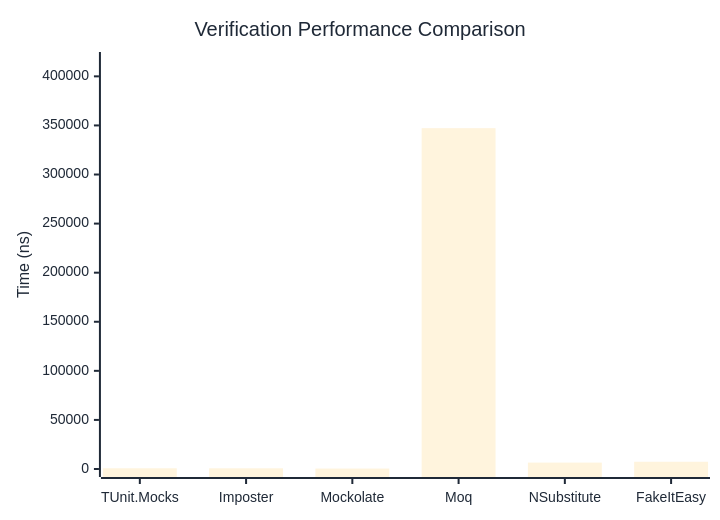
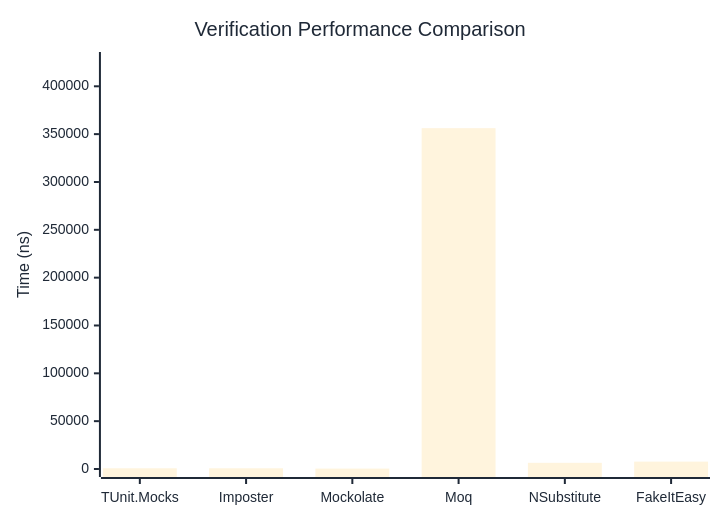
One commit to thomhurst/TUnit changed the first of 3 diagrams in docs/docs/benchmarks/mocks/Verification.md. Above: the diagram before and after it, drawn with Mermaid. The commit also changed other lines of this file and 14 other files, not shown here.

````diff
--- a/docs/docs/benchmarks/mocks/Verification.md
+++ b/docs/docs/benchmarks/mocks/Verification.md
@@ -30,27 +30,27 @@
 ```mermaid
 %%{init: {
   'theme':'base',
   'themeVariables': {
     'primaryColor': '#2563eb',
     'primaryTextColor': '#1f2937',
     'primaryBorderColor': '#1e40af',
     'lineColor': '#6b7280',
     'secondaryColor': '#7c3aed',
     'tertiaryColor': '#dc2626',
     'background': '#ffffff',
     'pie1': '#2563eb',
     'pie2': '#7c3aed',
     'pie3': '#dc2626',
     'pie4': '#f59e0b',
     'pie5': '#10b981',
     'pie6': '#06b6d4',
     'pie7': '#ec4899',
     'pie8': '#6366f1'
   }
 }}%%
 xychart-beta
   title "Verification Performance Comparison"
   x-axis ["TUnit.Mocks", "Imposter", "Mockolate", "Moq", "NSubstitute", "FakeItEasy"]
-  y-axis "Time (ns)" 0 --> 416658
-  bar [736.82, 710.31, 440.54, 347214.28, 6518.2, 7384.15]
+  y-axis "Time (ns)" 0 --> 427487
+  bar [759.26, 759.2, 430.53, 356238.88, 6461.83, 7704.45]
 ```
````
